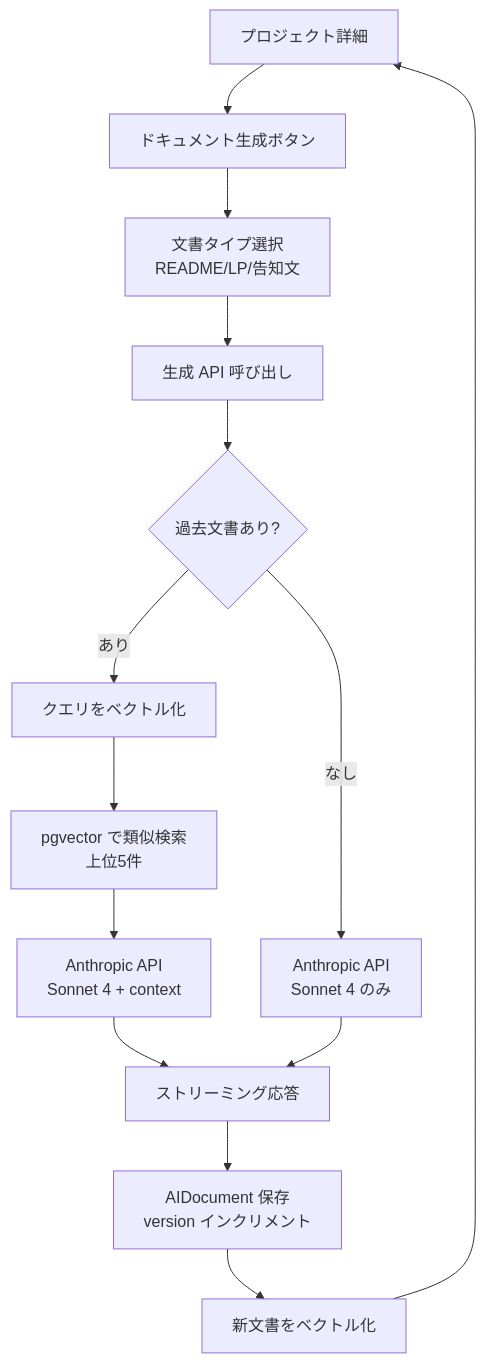
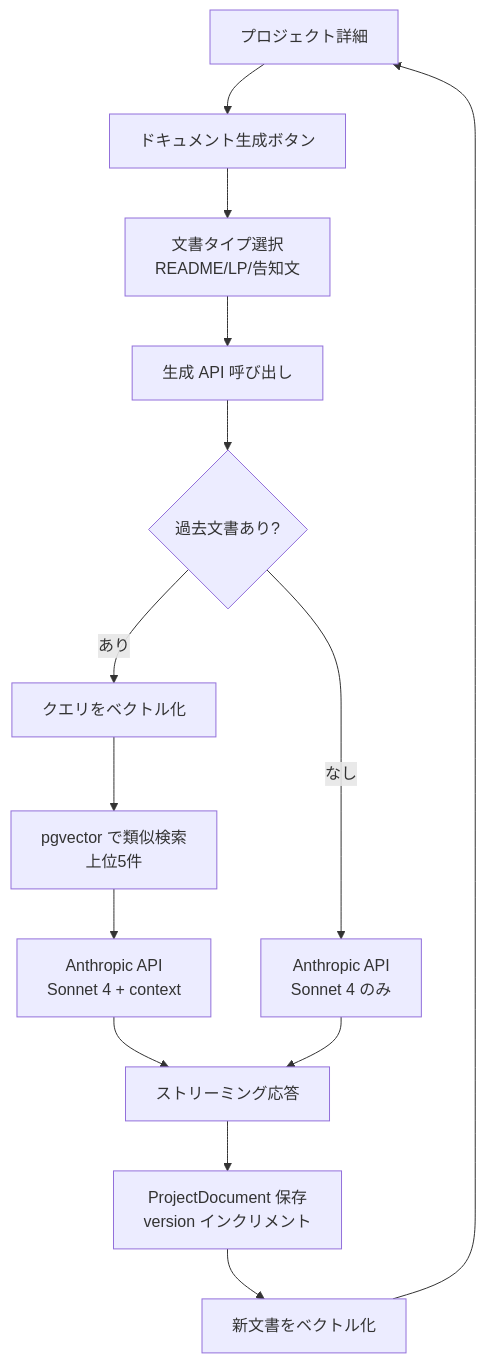
One commit to shintarokono-engineer/ship-yard changed the fifth of 6 diagrams in docs/screen-flow.md. Above: the diagram before and after it, drawn with Mermaid. The commit also changed other lines of this file and 3 other files, not shown here.

Commit message:
refactor(docs): AIDocument を ProjectDocument に改名

````diff
--- a/docs/screen-flow.md
+++ b/docs/screen-flow.md
@@ -128,16 +128,16 @@
 ```mermaid
 flowchart TD
     ProjectDetail[プロジェクト詳細] --> ClickGenerate[ドキュメント生成ボタン]
     ClickGenerate --> SelectDocType[文書タイプ選択<br/>README/LP/告知文]
     SelectDocType --> GenAPI[生成 API 呼び出し]
     GenAPI --> RAGSearch{過去文書あり?}
     RAGSearch -->|あり| EmbedQuery[クエリをベクトル化]
     EmbedQuery --> SimSearch[pgvector で類似検索<br/>上位5件]
     SimSearch --> AICall[Anthropic API<br/>Sonnet 4 + context]
     RAGSearch -->|なし| AICallNoRAG[Anthropic API<br/>Sonnet 4 のみ]
     AICall --> Stream[ストリーミング応答]
     AICallNoRAG --> Stream
-    Stream --> SaveDoc[AIDocument 保存<br/>version インクリメント]
+    Stream --> SaveDoc[ProjectDocument 保存<br/>version インクリメント]
     SaveDoc --> EmbedNew[新文書をベクトル化]
     EmbedNew --> ProjectDetail
 ```
````
